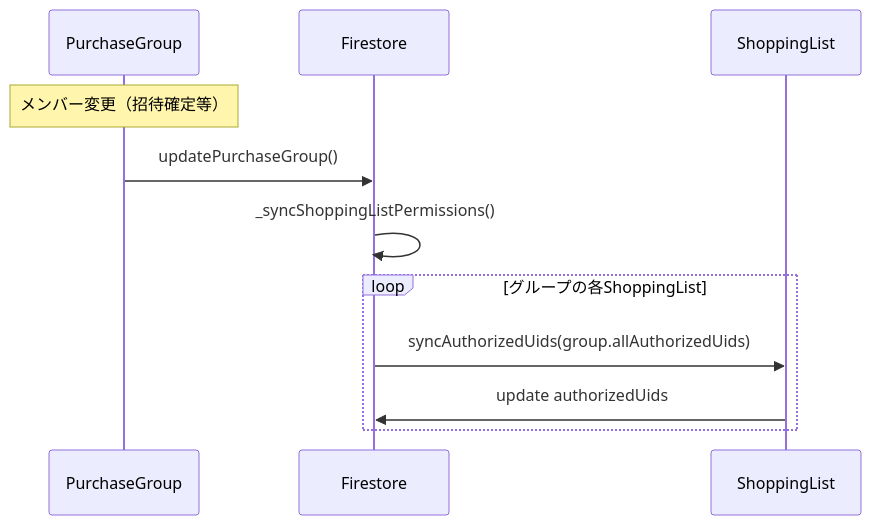
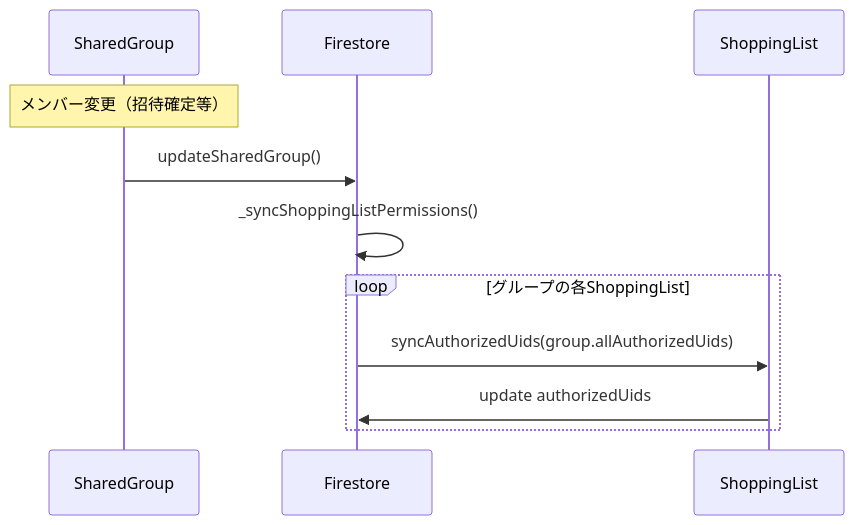
Before and after one commit to maya27AokiSawada/go_shop: the third of 3 diagrams in docs/firestore_architecture.md, drawn with Mermaid. The commit also changed other lines of this file and 122 other files, not shown here.

````diff
--- a/docs/firestore_architecture.md
+++ b/docs/firestore_architecture.md
@@ -105,14 +105,14 @@
 ```mermaid
 sequenceDiagram
-    participant G as PurchaseGroup
+    participant G as SharedGroup
     participant F as Firestore
     participant S as ShoppingList
     
     Note over G: メンバー変更（招待確定等）
-    G->>F: updatePurchaseGroup()
+    G->>F: updateSharedGroup()
     F->>F: _syncShoppingListPermissions()
     loop グループの各ShoppingList
         F->>S: syncAuthorizedUids(group.allAuthorizedUids)
         S->>F: update authorizedUids
     end
 ```
````
